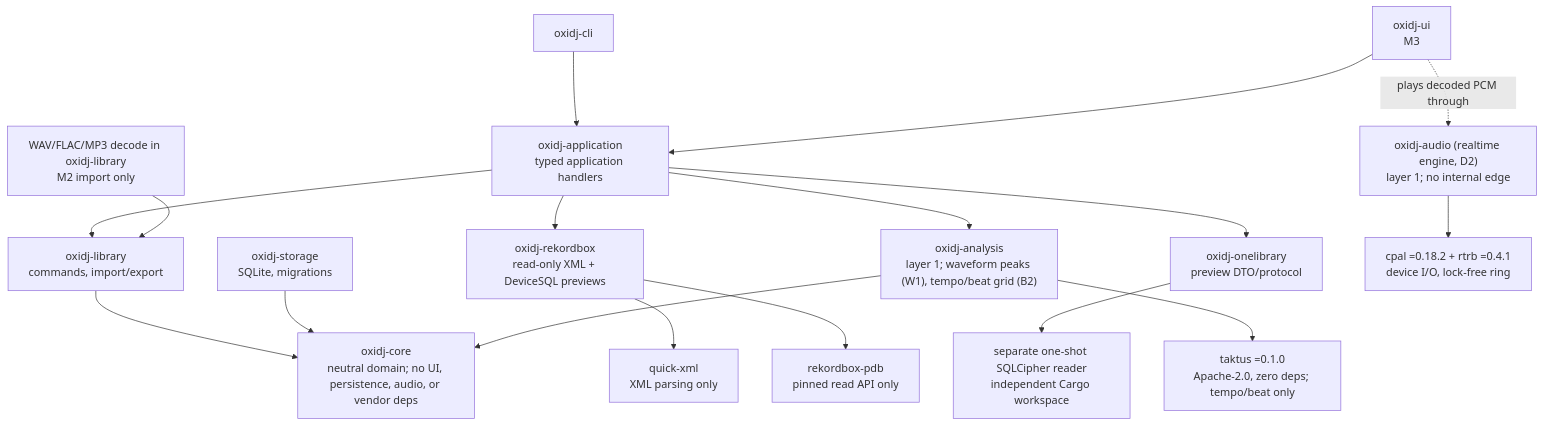
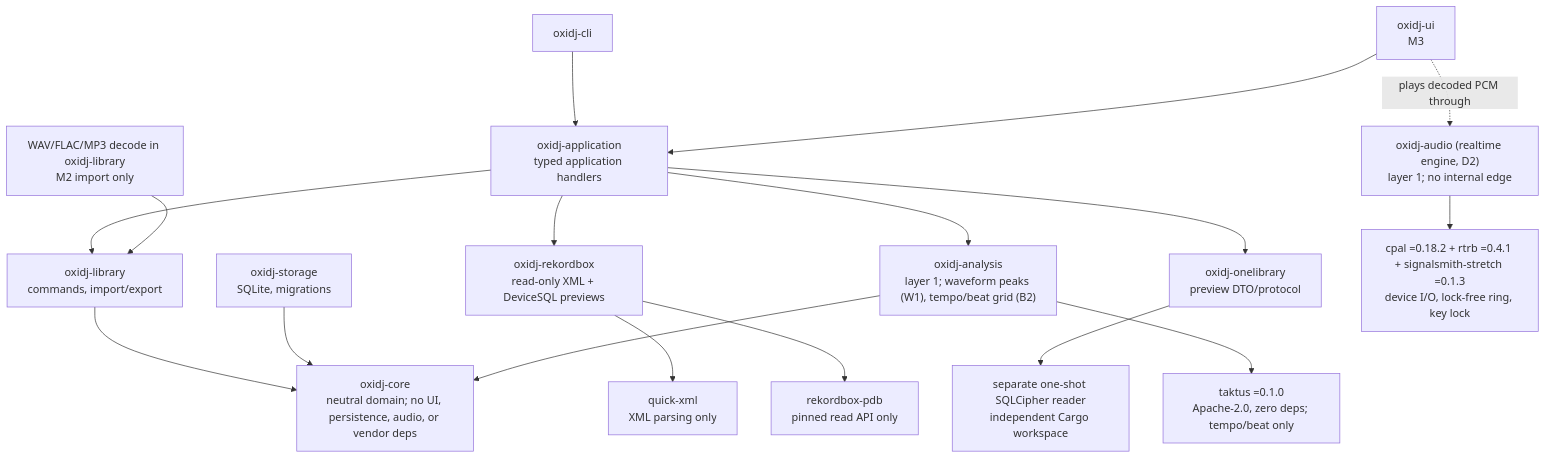
Before and after one commit to Senci/oxidj: the diagram in docs/adr/004-crate-boundaries.md, drawn with Mermaid. The commit also changed other lines of this file and 9 other files, not shown here.

````diff
--- a/docs/adr/004-crate-boundaries.md
+++ b/docs/adr/004-crate-boundaries.md
@@ -27,19 +27,19 @@
 ```mermaid
 flowchart TB
     cli["oxidj-cli"] --> app["oxidj-application<br/>typed application handlers"]
     ui["oxidj-ui<br/>M3"] --> app
     app --> library["oxidj-library<br/>commands, import/export"]
     app --> adapters["oxidj-rekordbox<br/>read-only XML + DeviceSQL previews"]
     app --> onelibrary["oxidj-onelibrary<br/>preview DTO/protocol"]
     app --> analysis
     onelibrary --> reader["separate one-shot SQLCipher reader<br/>independent Cargo workspace"]
     library --> core["oxidj-core<br/>neutral domain; no UI, persistence, audio, or vendor deps"]
     adapters --> xml["quick-xml<br/>XML parsing only"]
     adapters --> pdb["rekordbox-pdb<br/>pinned read API only"]
     storage["oxidj-storage<br/>SQLite, migrations"] --> core
     analysis["oxidj-analysis<br/>layer 1; waveform peaks (W1), tempo/beat grid (B2)"] --> core
     analysis --> taktus["taktus =0.1.0<br/>Apache-2.0, zero deps; tempo/beat only"]
     audio["WAV/FLAC/MP3 decode in oxidj-library<br/>M2 import only"] --> library
-    engine["oxidj-audio (realtime engine, D2)<br/>layer 1; no internal edge"] --> cpal["cpal =0.18.2 + rtrb =0.4.1<br/>device I/O, lock-free ring"]
+    engine["oxidj-audio (realtime engine, D2)<br/>layer 1; no internal edge"] --> cpal["cpal =0.18.2 + rtrb =0.4.1 + signalsmith-stretch =0.1.3<br/>device I/O, lock-free ring, key lock"]
     ui -. "plays decoded PCM through" .-> engine
 ```
````
